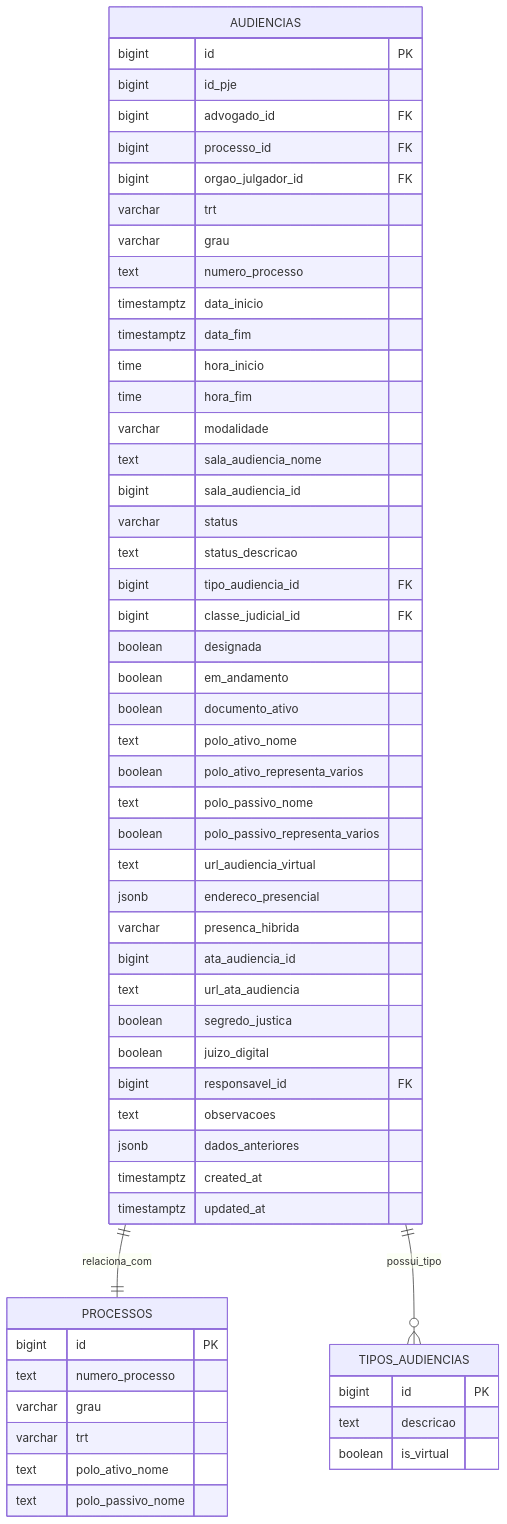
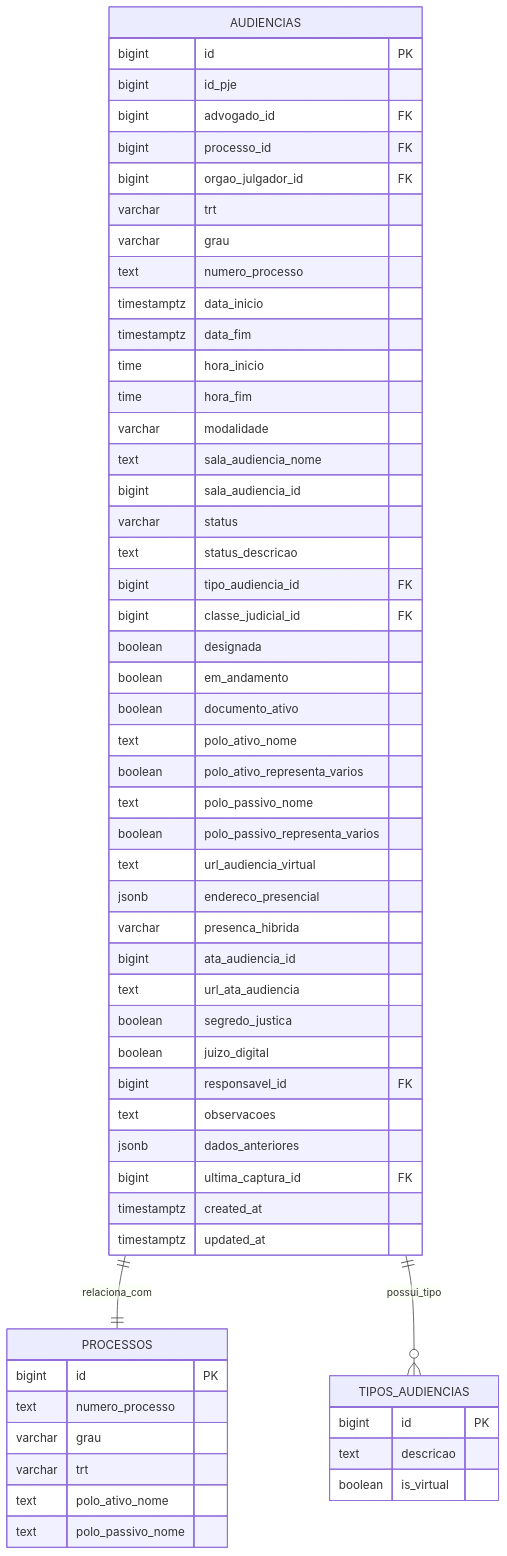
One commit to SinesysTech/zattar-os changed the second of 20 diagrams in .qoder/repowiki/en/content/Audiência Management.md. Above: the diagram before and after it, drawn with Mermaid. The commit also changed other lines of this file and 4 other files, not shown here.

First line of the commit message:
feat(audiencias): adicionar componente UltimaCapturaCard e padrões de interface missão

````diff
--- a/.qoder/repowiki/en/content/Audiência Management.md
+++ b/.qoder/repowiki/en/content/Audiência Management.md
@@ -121,58 +143,59 @@
 ```mermaid
 erDiagram
 AUDIENCIAS {
 bigint id PK
 bigint id_pje
 bigint advogado_id FK
 bigint processo_id FK
 bigint orgao_julgador_id FK
 varchar trt
 varchar grau
 text numero_processo
 timestamptz data_inicio
 timestamptz data_fim
 time hora_inicio
 time hora_fim
 varchar modalidade
 text sala_audiencia_nome
 bigint sala_audiencia_id
 varchar status
 text status_descricao
 bigint tipo_audiencia_id FK
 bigint classe_judicial_id FK
 boolean designada
 boolean em_andamento
 boolean documento_ativo
 text polo_ativo_nome
 boolean polo_ativo_representa_varios
 text polo_passivo_nome
 boolean polo_passivo_representa_varios
 text url_audiencia_virtual
 jsonb endereco_presencial
 varchar presenca_hibrida
 bigint ata_audiencia_id
 text url_ata_audiencia
 boolean segredo_justica
 boolean juizo_digital
 bigint responsavel_id FK
 text observacoes
 jsonb dados_anteriores
+bigint ultima_captura_id FK
 timestamptz created_at
 timestamptz updated_at
 }
 PROCESSOS {
 bigint id PK
 text numero_processo
 varchar grau
 varchar trt
 text polo_ativo_nome
 text polo_passivo_nome
 }
 TIPOS_AUDIENCIAS {
 bigint id PK
 text descricao
 boolean is_virtual
 }
 AUDIENCIAS ||--|| PROCESSOS : "relaciona_com"
 AUDIENCIAS ||--o{ TIPOS_AUDIENCIAS : "possui_tipo"
 ```
````
